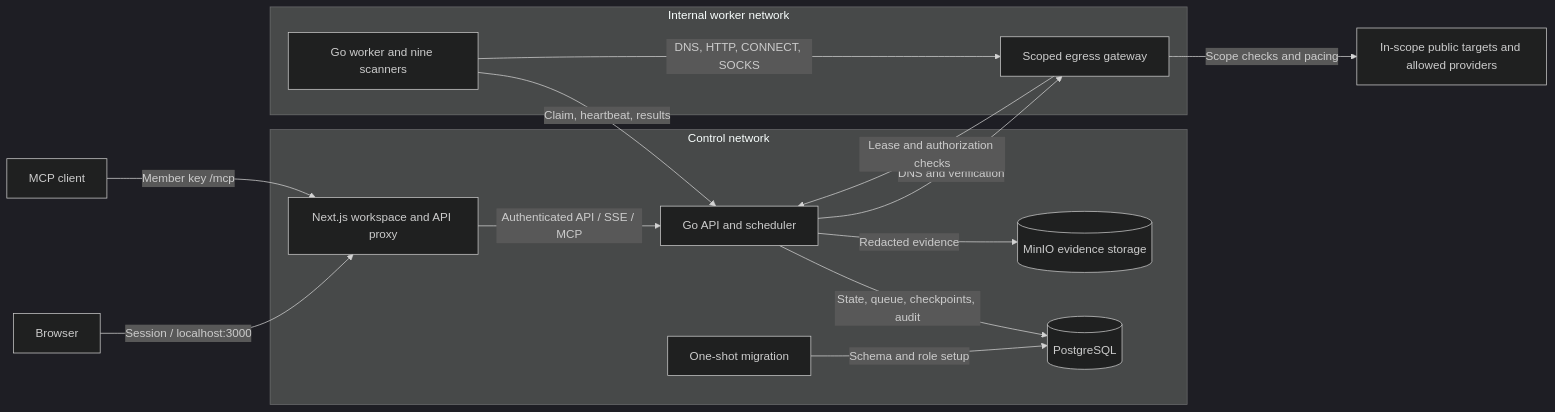
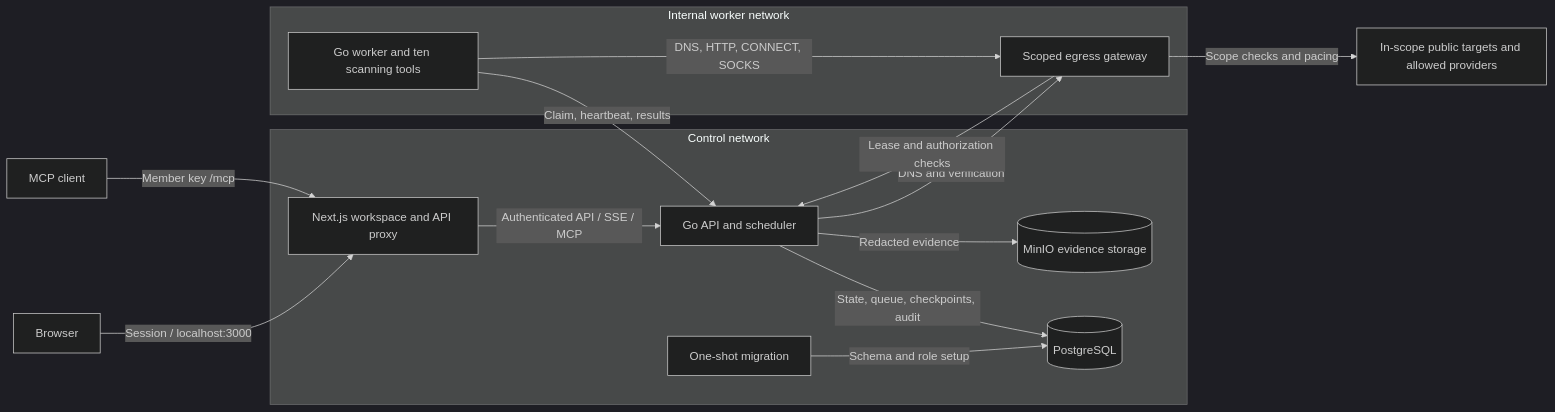
One commit to suryanshp1/Attack-surface-Analyzer changed the diagram in README.md. Above: the diagram before and after it, drawn with Mermaid (dark theme). The commit also changed other lines of this file, not shown here.

````diff
--- a/README.md
+++ b/README.md
@@ -92,28 +111,28 @@
 ```mermaid
 flowchart LR
     Browser["Browser"]
     AI["MCP client"]
     subgraph Control["Control network"]
         Web["Next.js workspace and API proxy"]
         API["Go API and scheduler"]
         Migrate["One-shot migration"]
         DB[("PostgreSQL")]
         S3[("MinIO evidence storage")]
     end
     subgraph Workers["Internal worker network"]
-        Worker["Go worker and nine scanners"]
+        Worker["Go worker and ten scanning tools"]
         Gateway["Scoped egress gateway"]
     end
     Public["In-scope public targets and allowed providers"]
     Browser -->|"Session / localhost:3000"| Web
     AI -->|"Member key /mcp"| Web
     Web -->|"Authenticated API / SSE / MCP"| API
     Migrate -->|"Schema and role setup"| DB
     API -->|"State, queue, checkpoints, audit"| DB
     API -->|"Redacted evidence"| S3
     Worker -->|"Claim, heartbeat, results"| API
     API -->|"DNS and verification"| Gateway
     Worker -->|"DNS, HTTP, CONNECT, SOCKS"| Gateway
     Gateway -->|"Lease and authorization checks"| API
     Gateway -->|"Scope checks and pacing"| Public
 ```
````
